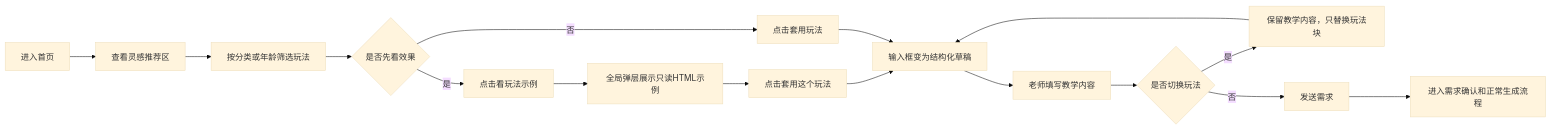
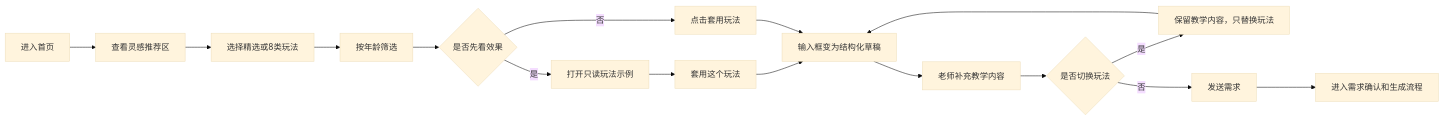
The diagram in docs/AI互动课件首页灵感推荐区_PRD_v5_评审版.md (Jolin0223/courseware-agent), drawn with Mermaid (base theme) before and after one commit. The commit also changed other lines of this file and 5 other files, not shown here.

````diff
--- a/docs/AI互动课件首页灵感推荐区_PRD_v5_评审版.md
+++ b/docs/AI互动课件首页灵感推荐区_PRD_v5_评审版.md
@@ -64,18 +60,18 @@
 ```mermaid
 flowchart LR
   A["进入首页"] --> B["查看灵感推荐区"]
-  B --> C["按分类或年龄筛选玩法"]
-  C --> D{"是否先看效果"}
-  D -->|是| E["点击看玩法示例"]
-  E --> F["全局弹层展示只读HTML示例"]
-  F --> G["点击套用这个玩法"]
-  D -->|否| H["点击套用玩法"]
+  B --> C["选择精选或8类玩法"]
+  C --> D["按年龄筛选"]
+  D --> E{"是否先看效果"}
+  E -->|是| F["打开只读玩法示例"]
+  F --> G["套用这个玩法"]
+  E -->|否| H["点击套用玩法"]
   G --> I["输入框变为结构化草稿"]
   H --> I
-  I --> J["老师填写教学内容"]
+  I --> J["老师补充教学内容"]
   J --> K{"是否切换玩法"}
-  K -->|是| L["保留教学内容，只替换玩法块"]
+  K -->|是| L["保留教学内容，只替换玩法"]
   L --> I
   K -->|否| M["发送需求"]
-  M --> N["进入需求确认和正常生成流程"]
+  M --> N["进入需求确认和生成流程"]
 ```
````
